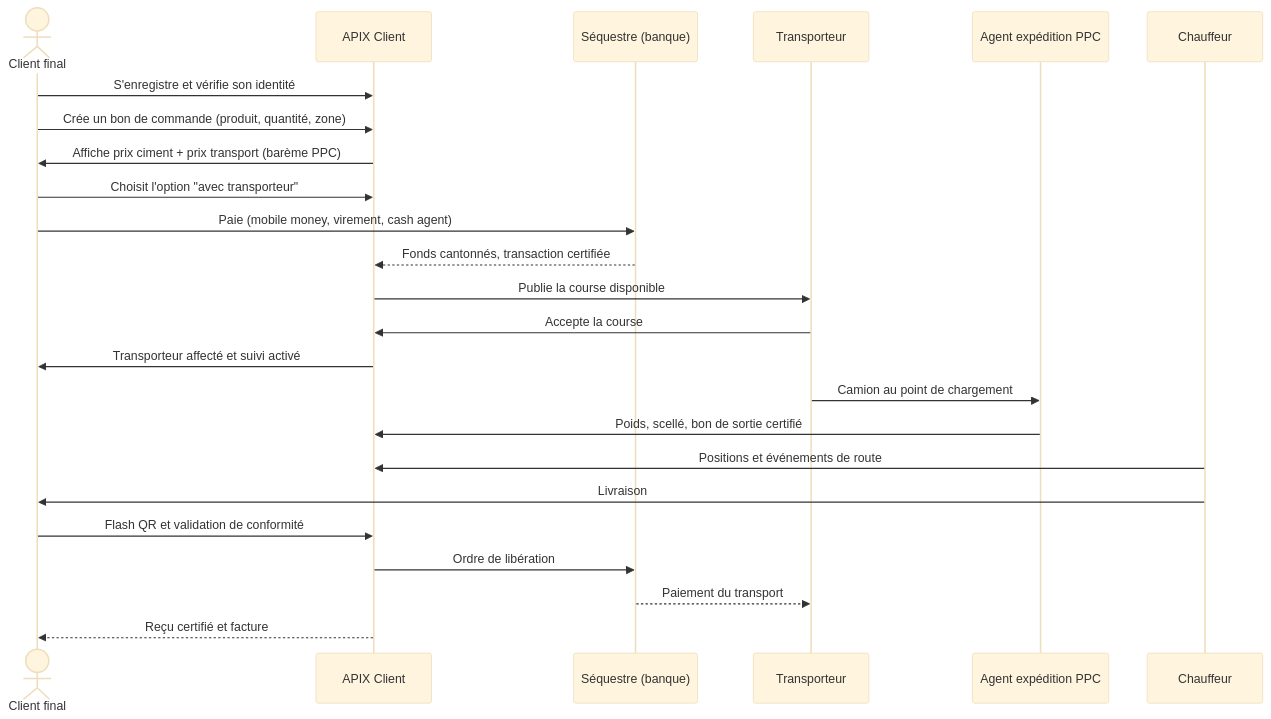
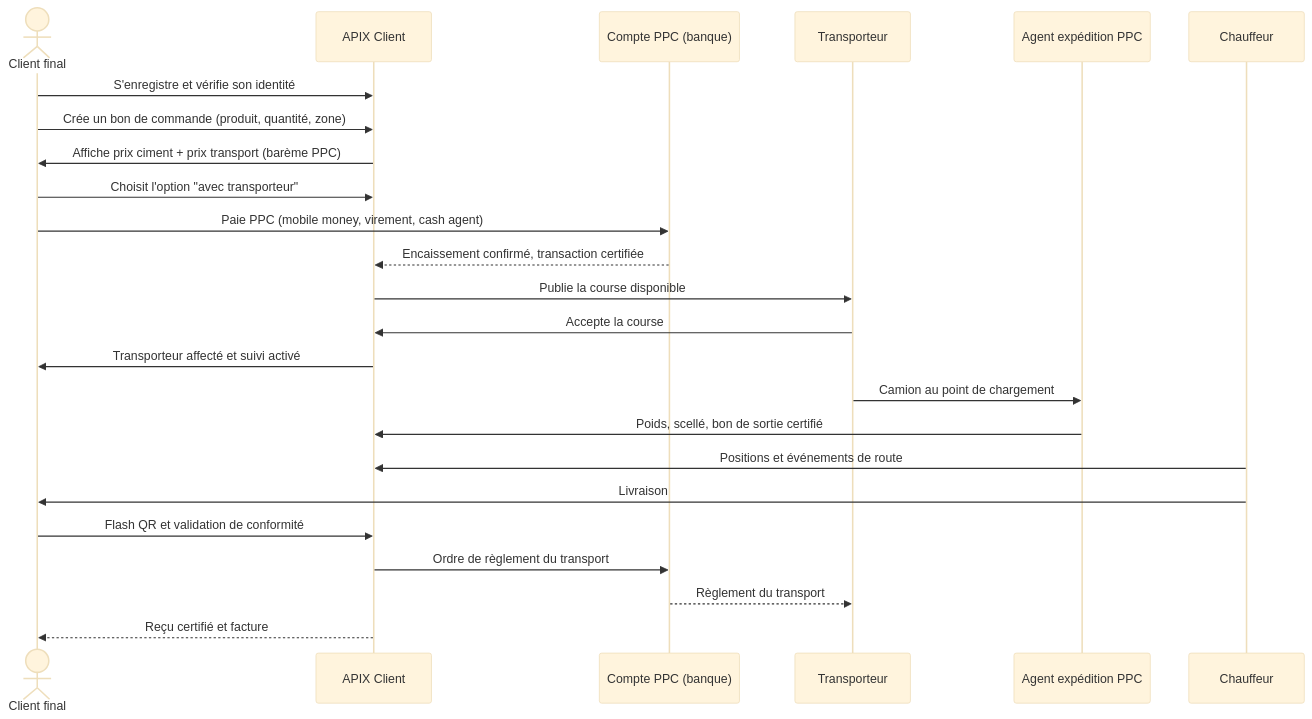
One commit to dilevembamu12/fbb-ppc-apix changed the second of 2 diagrams in docs/01-note-de-cadrage.md. Above: the diagram before and after it, drawn with Mermaid (base theme). The commit also changed other lines of this file and 23 other files, not shown here.

First line of the commit message:
Corrige le circuit de l'argent : le client paie PPC, le transporteur est regle sur preuve

````diff
--- a/docs/01-note-de-cadrage.md
+++ b/docs/01-note-de-cadrage.md
@@ -273,27 +275,27 @@
 ```mermaid
 sequenceDiagram
     actor C as Client final
     participant AP as APIX Client
-    participant SE as Séquestre (banque)
+    participant PC as Compte PPC (banque)
     participant TR as Transporteur
     participant EX as Agent expédition PPC
     participant CH as Chauffeur
 
     C->>AP: S'enregistre et vérifie son identité
     C->>AP: Crée un bon de commande (produit, quantité, zone)
     AP->>C: Affiche prix ciment + prix transport (barème PPC)
     C->>AP: Choisit l'option "avec transporteur"
-    C->>SE: Paie (mobile money, virement, cash agent)
-    SE-->>AP: Fonds cantonnés, transaction certifiée
+    C->>PC: Paie PPC (mobile money, virement, cash agent)
+    PC-->>AP: Encaissement confirmé, transaction certifiée
     AP->>TR: Publie la course disponible
     TR->>AP: Accepte la course
     AP->>C: Transporteur affecté et suivi activé
     TR->>EX: Camion au point de chargement
     EX->>AP: Poids, scellé, bon de sortie certifié
     CH->>AP: Positions et événements de route
     CH->>C: Livraison
     C->>AP: Flash QR et validation de conformité
-    AP->>SE: Ordre de libération
-    SE-->>TR: Paiement du transport
+    AP->>PC: Ordre de règlement du transport
+    PC-->>TR: Règlement du transport
     AP-->>C: Reçu certifié et facture
 ```
````
